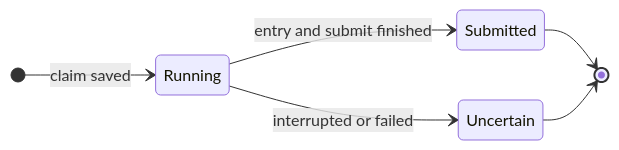
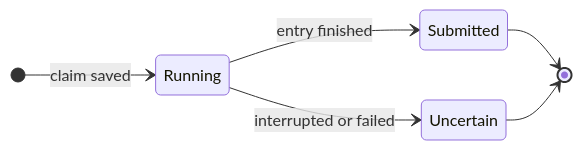
One commit to n8n-io/nod changed the diagram in docs/src/content/docs/trust/outcomes.md. Above: the diagram before and after it, drawn with Mermaid. The commit also changed other lines of this file and 42 other files, not shown here.

````diff
--- a/docs/src/content/docs/trust/outcomes.md
+++ b/docs/src/content/docs/trust/outcomes.md
@@ -14,9 +14,9 @@
 ```mermaid
 stateDiagram-v2
   direction LR
   [*] --> Running: claim saved
-  Running --> Submitted: entry and submit finished
+  Running --> Submitted: entry finished
   Running --> Uncertain: interrupted or failed
   Submitted --> [*]
   Uncertain --> [*]
 ```
````
